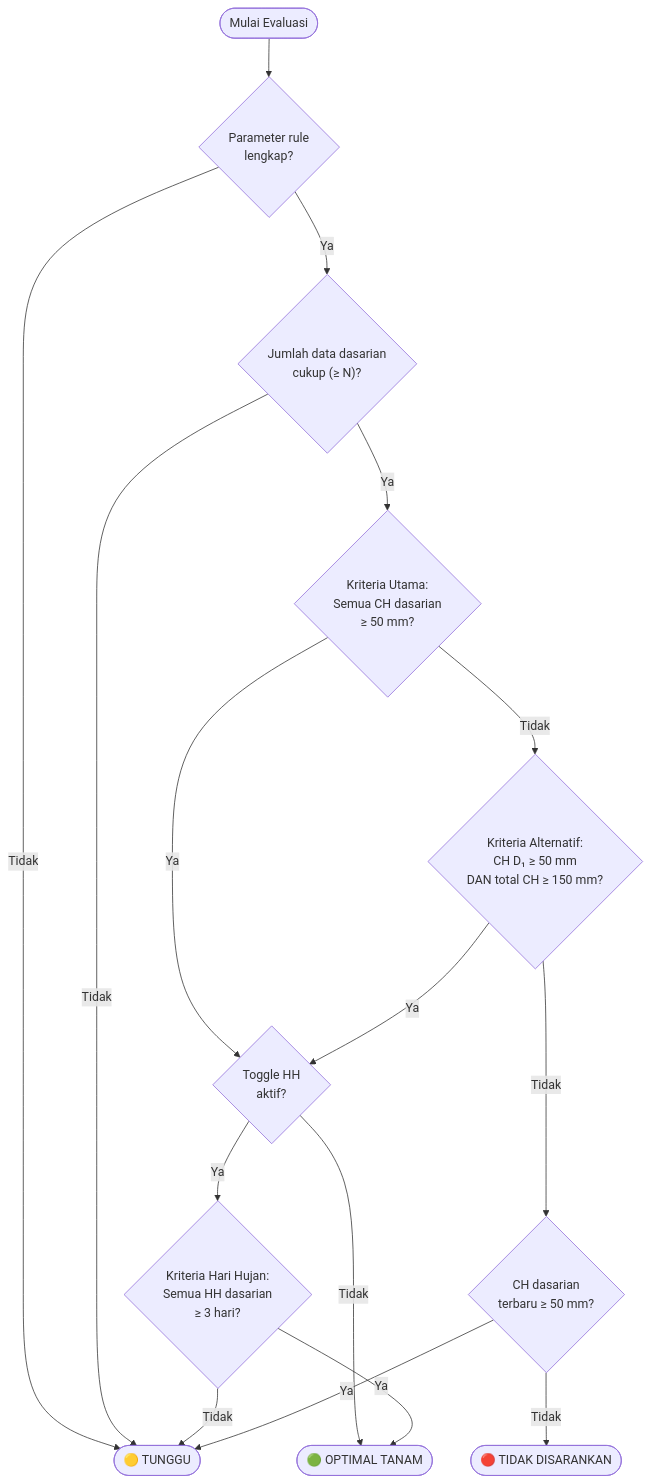
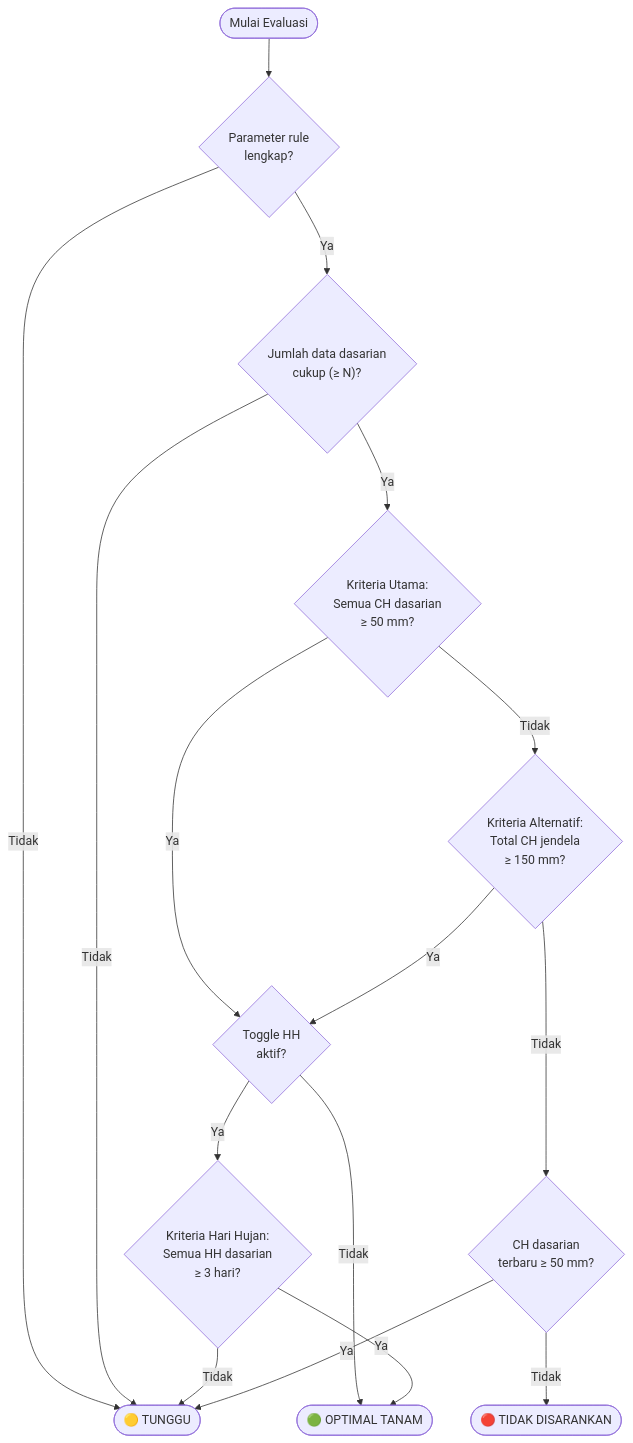
The diagram in flowchart_rule_engine_onset_tanam.md (ulumbader/PKL_BMKG_UINMA_2026), drawn with Mermaid before and after one commit. The commit also changed other lines of this file and 13 other files, not shown here.

````diff
--- a/flowchart_rule_engine_onset_tanam.md
+++ b/flowchart_rule_engine_onset_tanam.md
@@ -9,44 +9,44 @@
 ```mermaid
 flowchart TD
     START(["Mulai Evaluasi"])
 
     A{"Parameter rule<br/>lengkap?"}
     B{"Jumlah data dasarian<br/>cukup (≥ N)?"}
 
     C{"Kriteria Utama:<br/>Semua CH dasarian<br/>≥ 50 mm?"}
 
-    D{"Kriteria Alternatif:<br/>CH D₁ ≥ 50 mm<br/>DAN total CH ≥ 150 mm?"}
+    D{"Kriteria Alternatif:<br/>Total CH jendela<br/>≥ 150 mm?"}
 
     E{"Toggle HH<br/>aktif?"}
 
     F{"Kriteria Hari Hujan:<br/>Semua HH dasarian<br/>≥ 3 hari?"}
 
     G{"CH dasarian<br/>terbaru ≥ 50 mm?"}
 
     OPTIMAL(["🟢 OPTIMAL TANAM"])
     TUNGGU(["🟡 TUNGGU"])
     TIDAK(["🔴 TIDAK DISARANKAN"])
 
     START --> A
 
     A -- Tidak --> TUNGGU
     A -- Ya --> B
 
     B -- Tidak --> TUNGGU
     B -- Ya --> C
 
     C -- Ya --> E
     C -- Tidak --> D
 
     D -- Ya --> E
     D -- Tidak --> G
 
     E -- Tidak --> OPTIMAL
     E -- Ya --> F
 
     F -- Ya --> OPTIMAL
     F -- Tidak --> TUNGGU
 
     G -- Ya --> TUNGGU
     G -- Tidak --> TIDAK
 ```
````
